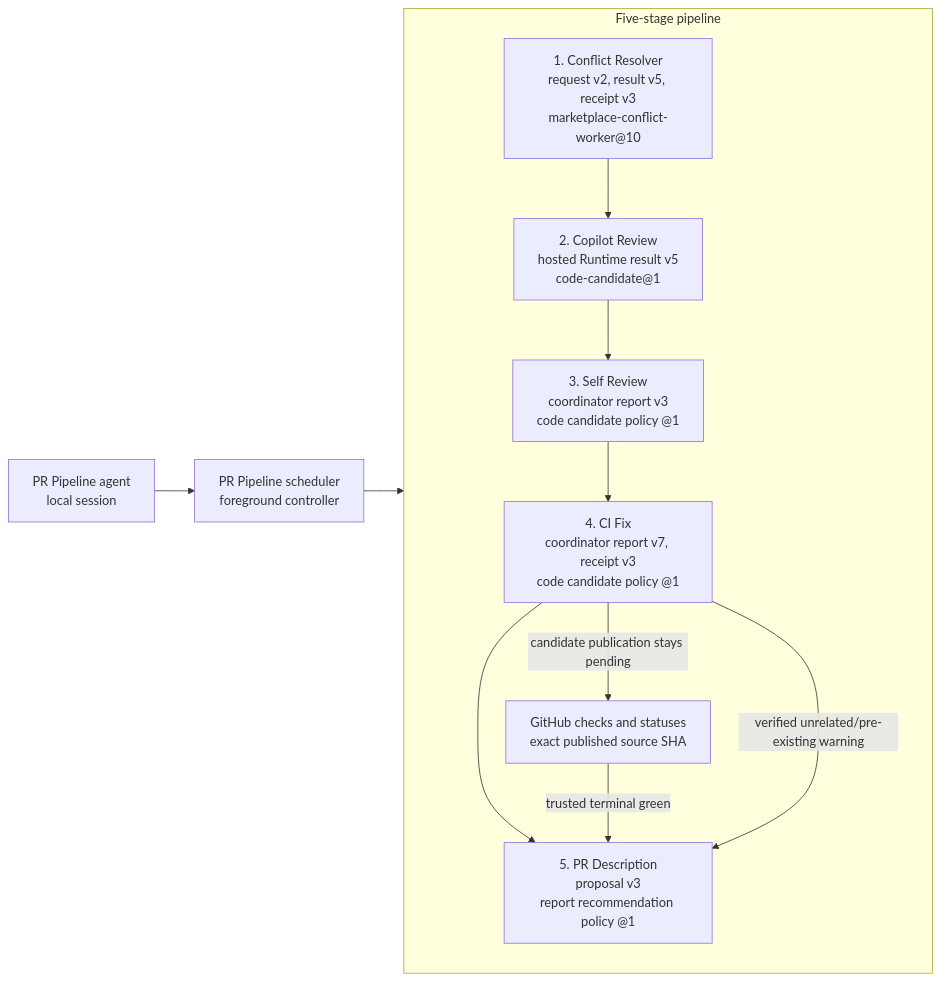
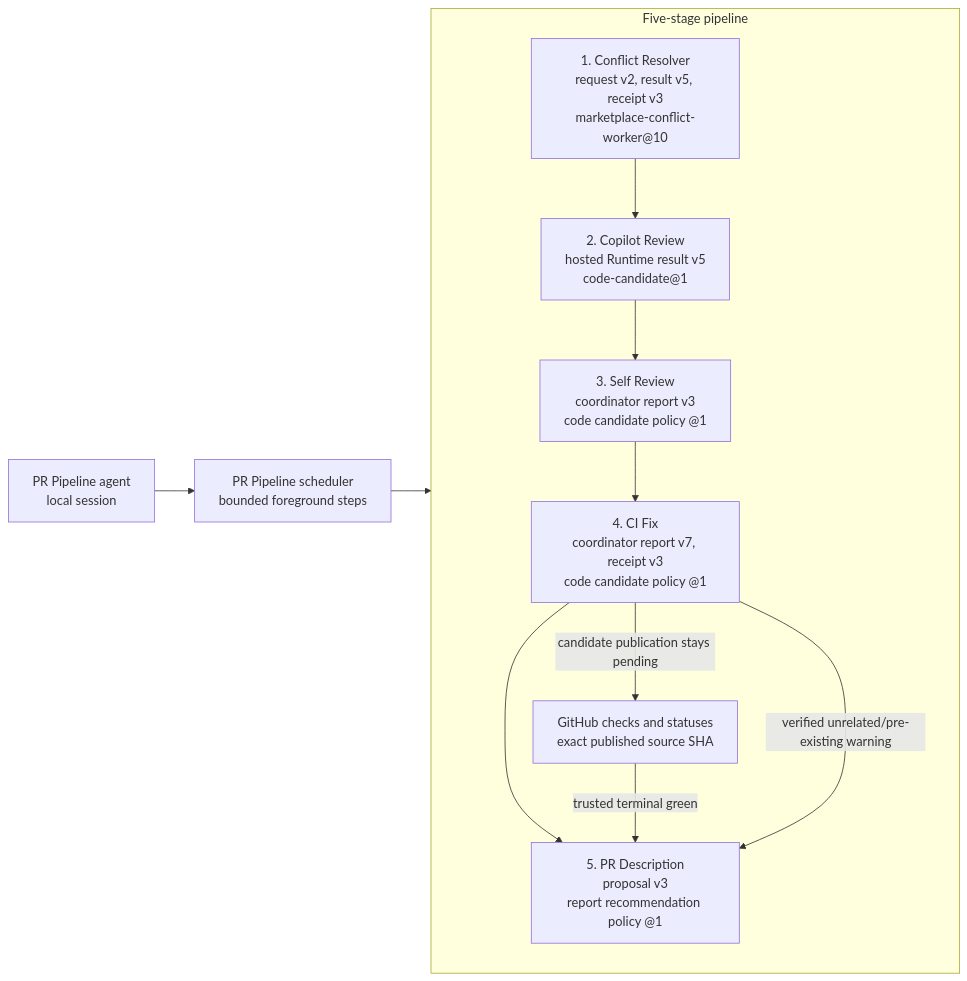
Before and after one commit to trask/copilot-plugins: the diagram in plugins/pr-pipeline/README.md, drawn with Mermaid. The commit also changed other lines of this file and 43 other files, not shown here.

Commit message:
Drive PR Pipeline through bounded agent steps

````diff
--- a/plugins/pr-pipeline/README.md
+++ b/plugins/pr-pipeline/README.md
@@ -5,23 +5,23 @@
 ```mermaid
 flowchart LR
     agent["PR Pipeline agent<br/>local session"]
-    scheduler["PR Pipeline scheduler<br/>foreground controller"]
+    scheduler["PR Pipeline scheduler<br/>bounded foreground steps"]
     agent --> scheduler
 
     subgraph pipeline["Five-stage pipeline"]
         direction TB
         conflict["1. Conflict Resolver<br/>request v2, result v5, receipt v3<br/>marketplace-conflict-worker@10"]
         copilotReview["2. Copilot Review<br/>hosted Runtime result v5<br/>code-candidate@1"]
         selfReview["3. Self Review<br/>coordinator report v3<br/>code candidate policy @1"]
         ci["4. CI Fix<br/>coordinator report v7, receipt v3<br/>code candidate policy @1"]
         description["5. PR Description<br/>proposal v3<br/>report recommendation policy @1"]
         checks["GitHub checks and statuses<br/>exact published source SHA"]
 
         conflict --> copilotReview --> selfReview --> ci --> description
         ci -->|"candidate publication stays pending"| checks
         checks -->|"trusted terminal green"| description
         ci -->|"verified unrelated/pre-existing warning"| description
     end
 
     scheduler --> conflict
 ```
````
